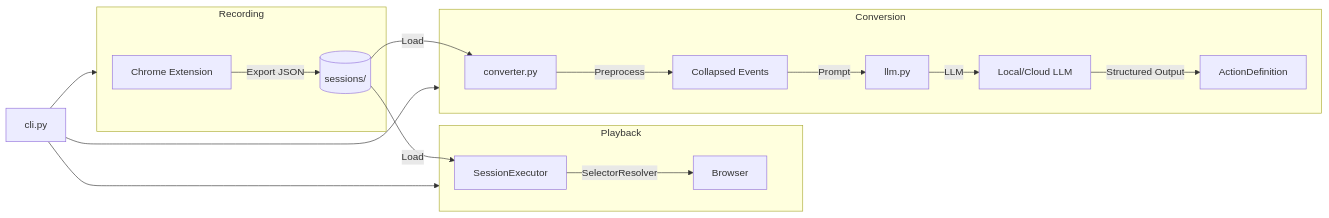
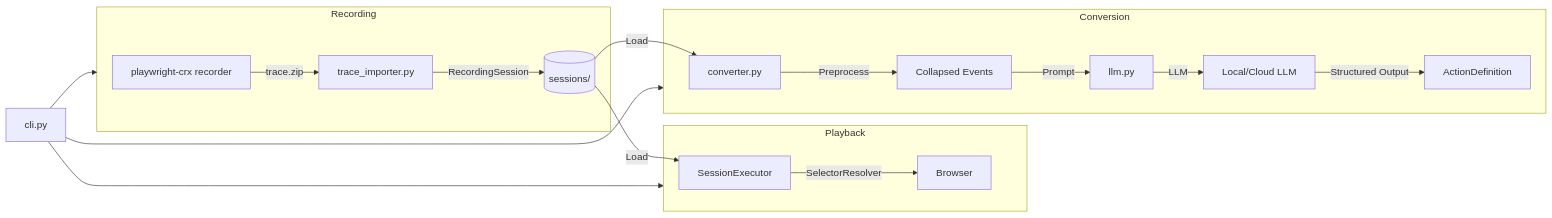
The diagram in ARCHITECTURE.md (nat-bishop/browser-recorder), drawn with Mermaid before and after one commit. The commit also changed other lines of this file and 20 other files, not shown here.

````diff
--- a/ARCHITECTURE.md
+++ b/ARCHITECTURE.md
@@ -7,23 +7,24 @@
 ```mermaid
 flowchart LR
     subgraph Recording
-        CE[Chrome Extension] -->|Export JSON| S[(sessions/)]
+        R[playwright-crx recorder] -->|trace.zip| I[trace_importer.py]
+        I -->|RecordingSession| S[(sessions/)]
     end
 
     subgraph Playback
         S -->|Load| SE[SessionExecutor]
         SE -->|SelectorResolver| B[Browser]
     end
 
     subgraph Conversion
         S -->|Load| C[converter.py]
         C -->|Preprocess| PP[Collapsed Events]
         PP -->|Prompt| L[llm.py]
         L -->|LLM| O[Local/Cloud LLM]
         O -->|Structured Output| AD[ActionDefinition]
     end
 
     CLI[cli.py] --> Recording
     CLI --> Playback
     CLI --> Conversion
 ```
````
